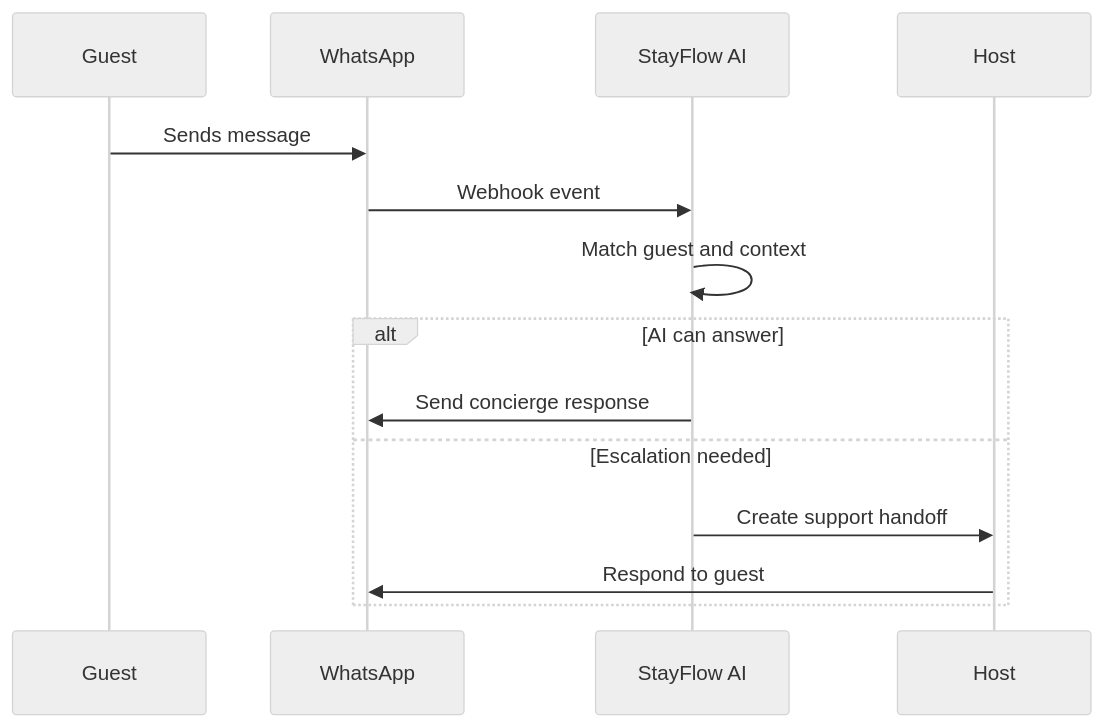
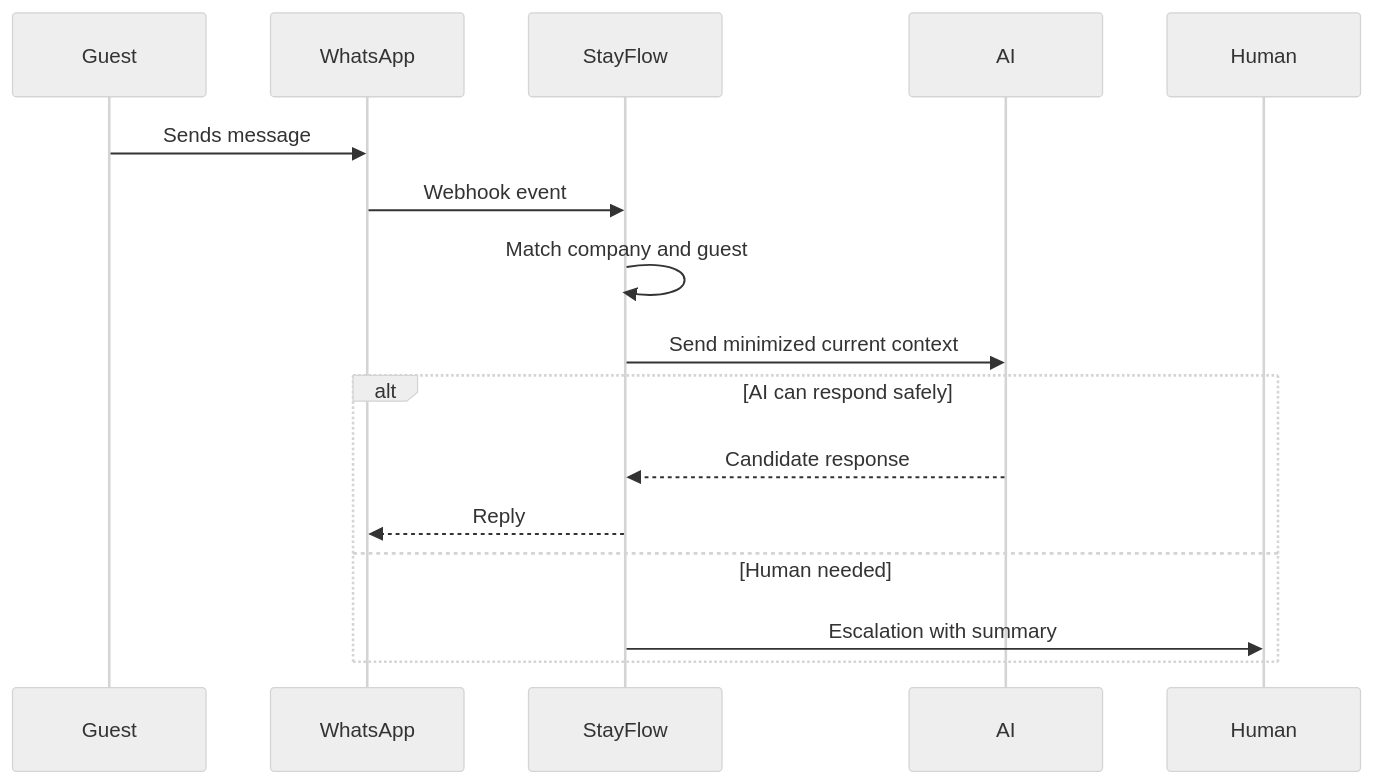
One commit to Bayomoustapha3730/stayflow-ai changed the diagram in docs/product/guest/GuestCommunication.md. Above: the diagram before and after it, drawn with Mermaid (neutral theme). The commit also changed other lines of this file and 9 other files, not shown here.

````diff
--- a/docs/product/guest/GuestCommunication.md
+++ b/docs/product/guest/GuestCommunication.md
@@ -55,16 +106,18 @@
 ```mermaid
 sequenceDiagram
     participant Guest
     participant WhatsApp
-    participant StayFlow as StayFlow AI
-    participant Host
+    participant StayFlow
+    participant AI
+    participant Human
     Guest->>WhatsApp: Sends message
     WhatsApp->>StayFlow: Webhook event
-    StayFlow->>StayFlow: Match guest and context
-    alt AI can answer
-        StayFlow->>WhatsApp: Send concierge response
-    else Escalation needed
-        StayFlow->>Host: Create support handoff
-        Host->>WhatsApp: Respond to guest
+    StayFlow->>StayFlow: Match company and guest
+    StayFlow->>AI: Send minimized current context
+    alt AI can respond safely
+        AI-->>StayFlow: Candidate response
+        StayFlow-->>WhatsApp: Reply
+    else Human needed
+        StayFlow->>Human: Escalation with summary
     end
 ```
````
